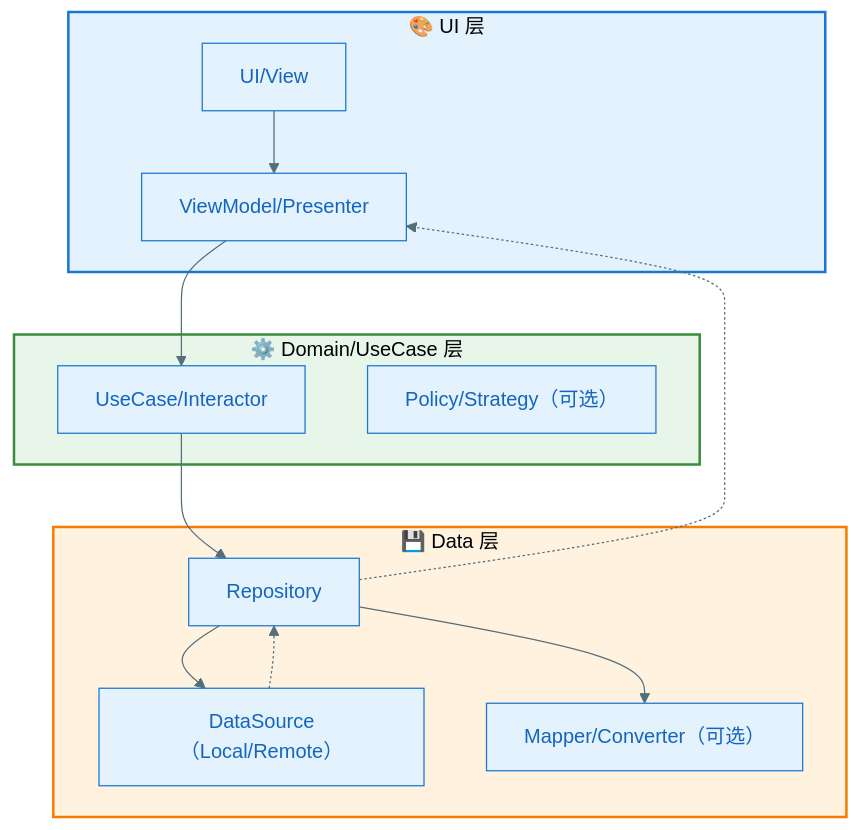
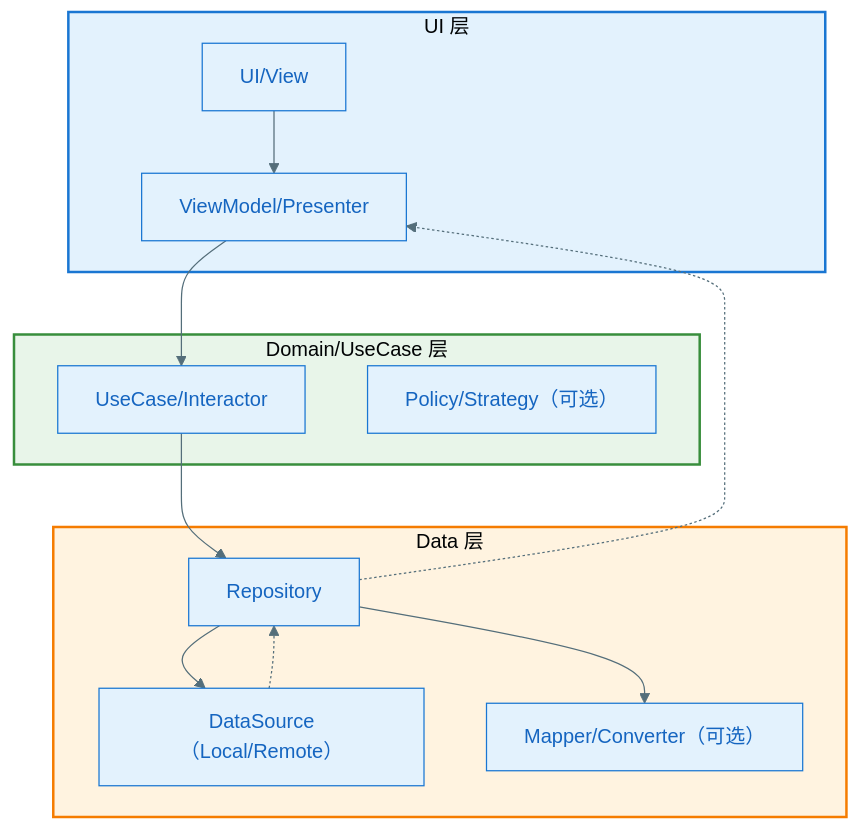
Before and after one commit to jackykarma/Verity: the third of 11 diagrams in .specify/templates/plan-template.md, drawn with Mermaid. The commit also changed other lines of this file and 1 other file, not shown here.

Commit message:
移除mermaid使用emoji

````diff
--- a/.specify/templates/plan-template.md
+++ b/.specify/templates/plan-template.md
@@ -223,34 +223,34 @@
 ```mermaid
 %%{init: {'theme': 'base', 'themeVariables': { 'primaryColor': '#E3F2FD', 'primaryTextColor': '#1565C0', 'primaryBorderColor': '#1976D2', 'lineColor': '#546E7A'}}}%%
 flowchart TB
-    subgraph UILayer["🎨 UI 层"]
+    subgraph UILayer["UI 层"]
         UI["UI/View"]
         VM["ViewModel/Presenter"]
     end
 
-    subgraph DomainLayer["⚙️ Domain/UseCase 层"]
+    subgraph DomainLayer["Domain/UseCase 层"]
         UC["UseCase/Interactor"]
         Policy["Policy/Strategy（可选）"]
     end
 
-    subgraph DataLayer["💾 Data 层"]
+    subgraph DataLayer["Data 层"]
         Repo["Repository"]
         DS["DataSource（Local/Remote）"]
         Mapper["Mapper/Converter（可选）"]
     end
 
     %% 静态依赖（同步调用）- 实线箭头
     UI --> VM
     VM --> UC
     UC --> Repo
     Repo --> DS
     Repo --> Mapper
 
     %% 动态协作（异步/事件）- 虚线箭头
     DS -.-> Repo
     Repo -.-> VM
 
     style UILayer fill:#E3F2FD,stroke:#1976D2,stroke-width:2px
     style DomainLayer fill:#E8F5E9,stroke:#388E3C,stroke-width:2px
     style DataLayer fill:#FFF3E0,stroke:#F57C00,stroke-width:2px
 ```
````
